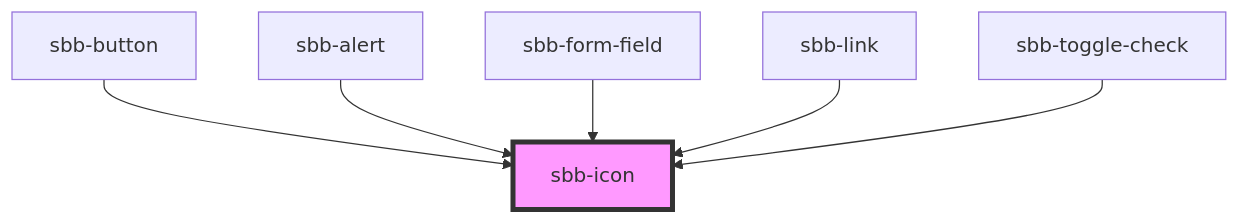
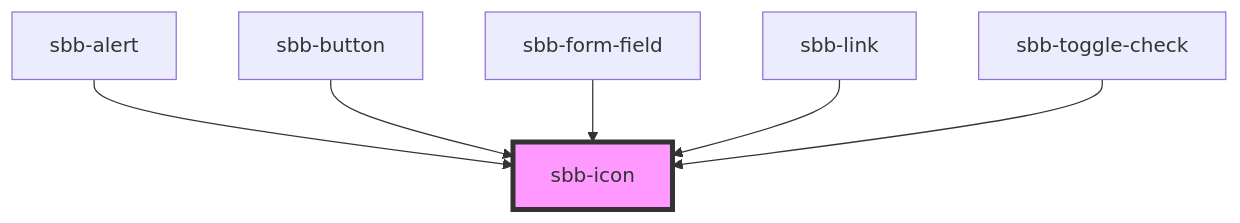
One commit to sbb-design-systems/lyne-components changed the diagram in src/components/sbb-icon/readme.md. Above: the diagram before and after it, drawn with Mermaid. The commit also changed other lines of this file and 4 other files, not shown here.

````diff
--- a/src/components/sbb-icon/readme.md
+++ b/src/components/sbb-icon/readme.md
@@ -106,9 +106,9 @@
 ```mermaid
 graph TD;
+  sbb-alert --> sbb-icon
   sbb-button --> sbb-icon
-  sbb-alert --> sbb-icon
   sbb-form-field --> sbb-icon
   sbb-link --> sbb-icon
   sbb-toggle-check --> sbb-icon
   style sbb-icon fill:#f9f,stroke:#333,stroke-width:4px
 ```
````
